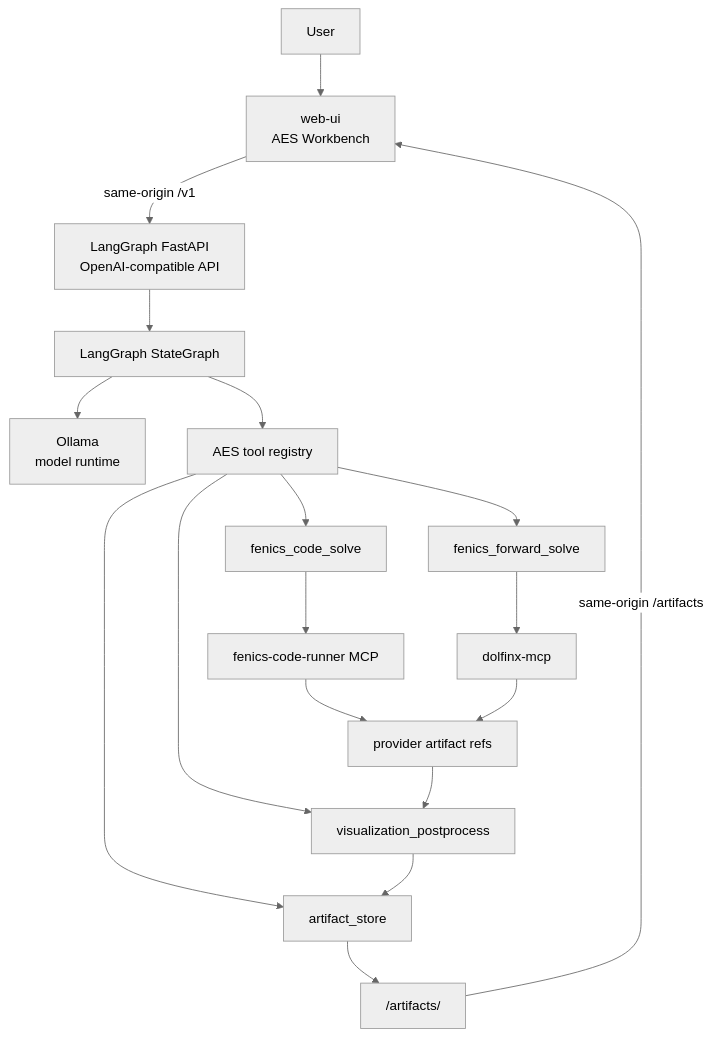
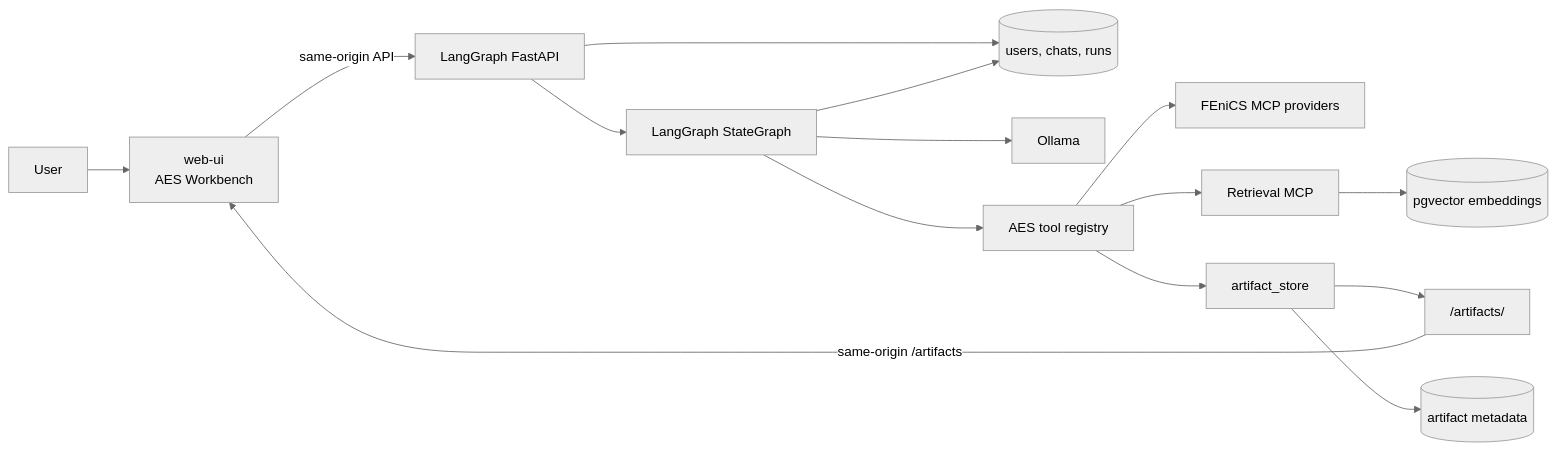
The third of 10 diagrams in docs/architecture.md (RadmirG/AES), drawn with Mermaid (neutral theme) before and after one commit. The commit also changed other lines of this file and 32 other files, not shown here.

````diff
--- a/docs/architecture.md
+++ b/docs/architecture.md
@@ -31,24 +70,17 @@
 ```mermaid
-flowchart TD
+flowchart LR
     U["User"] --> W["web-ui<br/>AES Workbench"]
-    W -->|"same-origin /v1"| API["LangGraph FastAPI<br/>OpenAI-compatible API"]
+    W -->|"same-origin API"| API["LangGraph FastAPI"]
     API --> G["LangGraph StateGraph"]
-
-    G --> O["Ollama<br/>model runtime"]
+    API --> DB[("users, chats, runs")]
+    G --> DB
+    G --> O["Ollama"]
     G --> T["AES tool registry"]
-
-    T --> FC["fenics_code_solve"]
-    T --> FM["fenics_forward_solve"]
-    T --> V["visualization_postprocess"]
+    T --> MCP["FEniCS MCP providers"]
+    T --> RET["Retrieval MCP"]
+    RET --> VEC[("pgvector embeddings")]
     T --> AS["artifact_store"]
-
-    FC --> CR["fenics-code-runner MCP"]
-    FM --> DM["dolfinx-mcp"]
-
-    CR --> PR["provider artifact refs"]
-    DM --> PR
-    PR --> V
-    V --> AS
-    AS --> ART["/artifacts/<run_id>"]
-    ART -->|"same-origin /artifacts"| W
+    AS --> FILES["/artifacts/<run_id>"]
+    AS --> META[("artifact metadata")]
+    FILES -->|"same-origin /artifacts"| W
 ```
````
